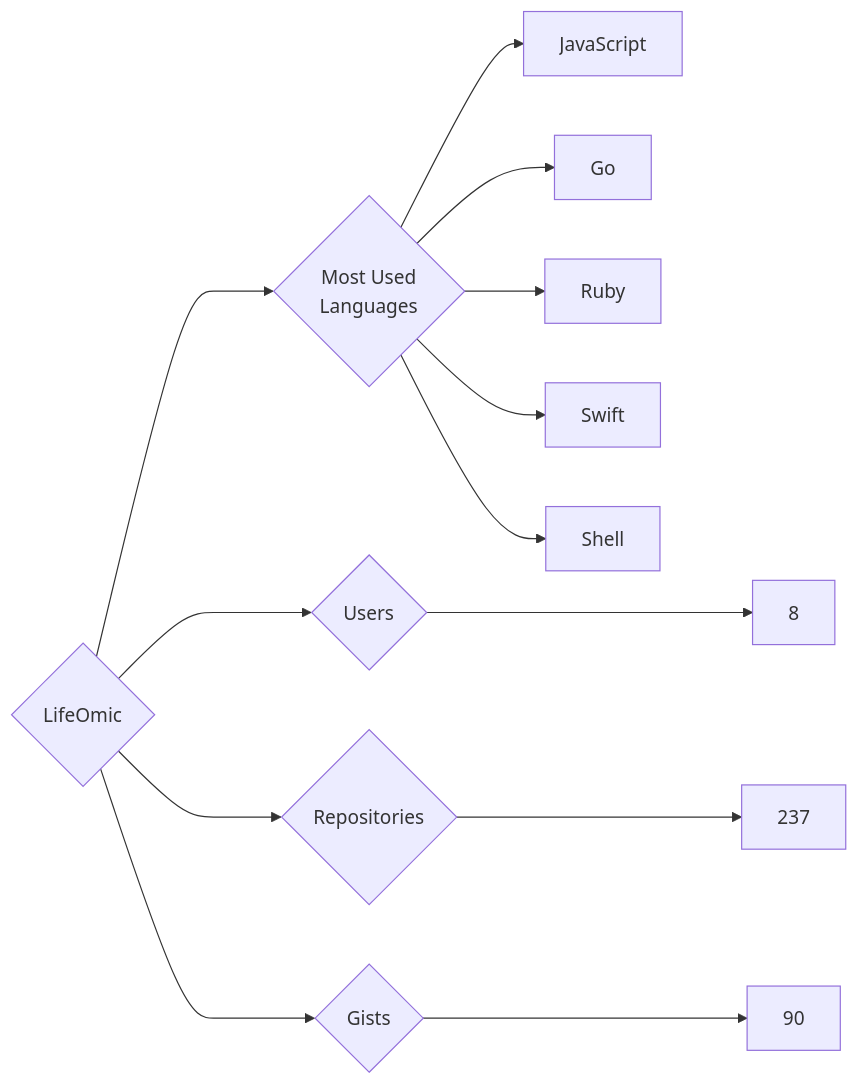
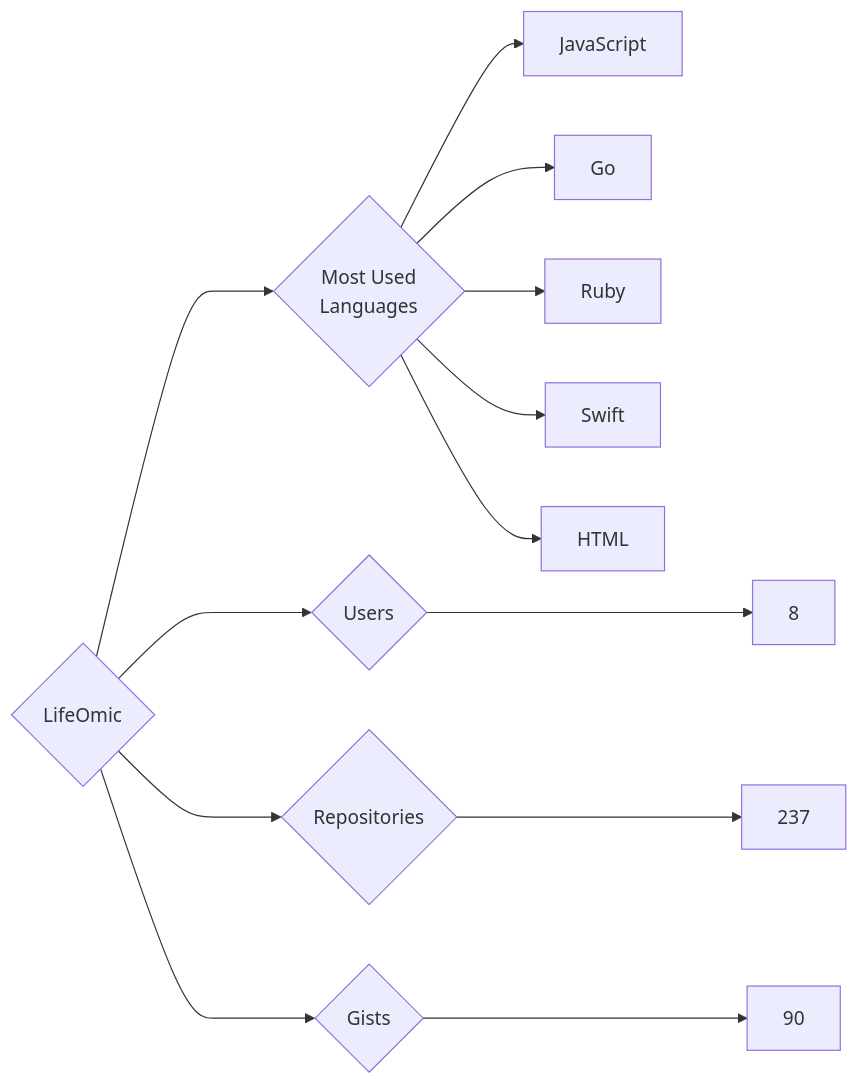
The diagram in targets/LifeOmic/README.md (trickest/insiders), drawn with Mermaid before and after one commit. The commit also changed 826 other files, not shown here.

````diff
--- a/targets/LifeOmic/README.md
+++ b/targets/LifeOmic/README.md
@@ -3,13 +3,13 @@
 ```mermaid
 graph LR
 COMPANY_NAME{LifeOmic}
 COMPANY_NAME ---> U{Users} ---> UN[8]
 COMPANY_NAME ---> R{Repositories} ---> RN[237]
 COMPANY_NAME ---> G{Gists} ---> GN[90]
 COMPANY_NAME ---> ML{Most Used<br>Languages}
 ML --> JavaScript[JavaScript]
 ML --> Go[Go]
 ML --> Ruby[Ruby]
 ML --> Swift[Swift]
-ML --> Shell[Shell]
+ML --> HTML[HTML]
 ```
````
